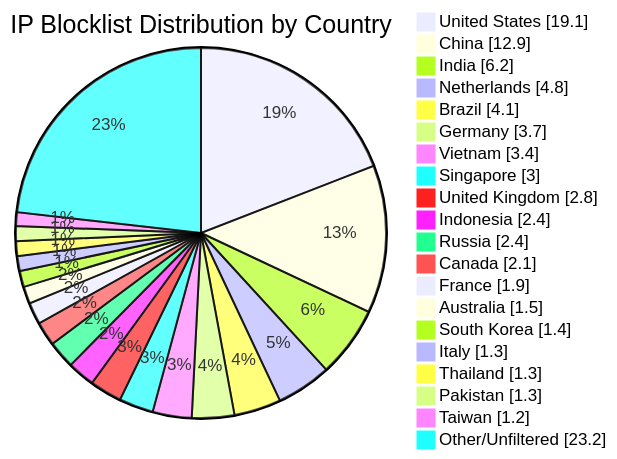
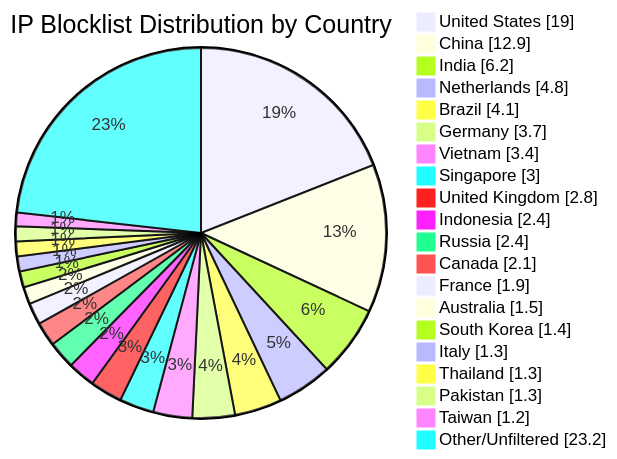
One commit to dewdmadbro/ip-blocklist-dewd changed the diagram in README.md. Above: the diagram before and after it, drawn with Mermaid. The commit also changed other lines of this file and 48 other files, not shown here.

````diff
--- a/README.md
+++ b/README.md
@@ -34,23 +34,23 @@
 ```mermaid
 pie showData title IP Blocklist Distribution by Country
-"United States" : 19.1
+"United States" : 19.0
 "China" : 12.9
 "India" : 6.2
 "Netherlands" : 4.8
 "Brazil" : 4.1
 "Germany" : 3.7
 "Vietnam" : 3.4
 "Singapore" : 3.0
 "United Kingdom" : 2.8
 "Indonesia" : 2.4
 "Russia" : 2.4
 "Canada" : 2.1
 "France" : 1.9
 "Australia" : 1.5
 "South Korea" : 1.4
 "Italy" : 1.3
 "Thailand" : 1.3
 "Pakistan" : 1.3
 "Taiwan" : 1.2
 "Other/Unfiltered" : 23.2
 ```
````
